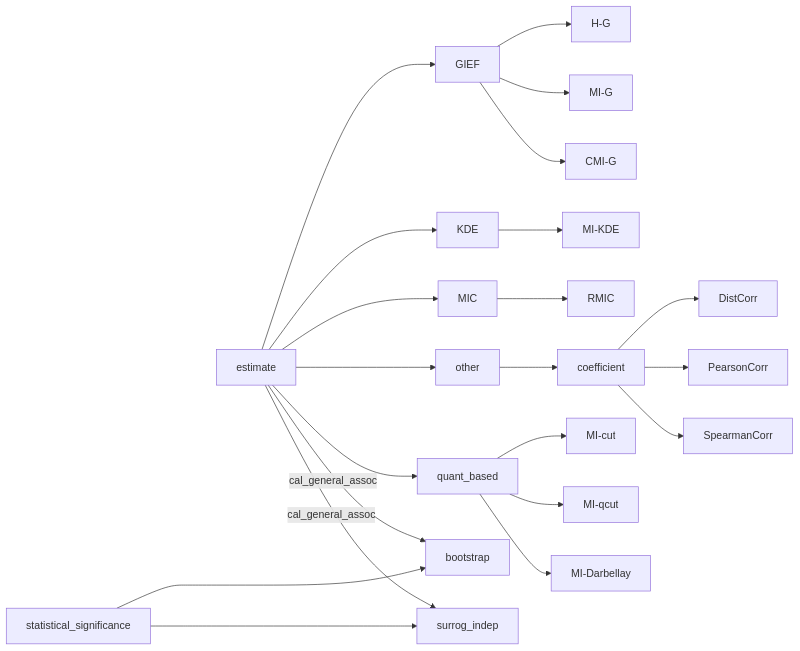
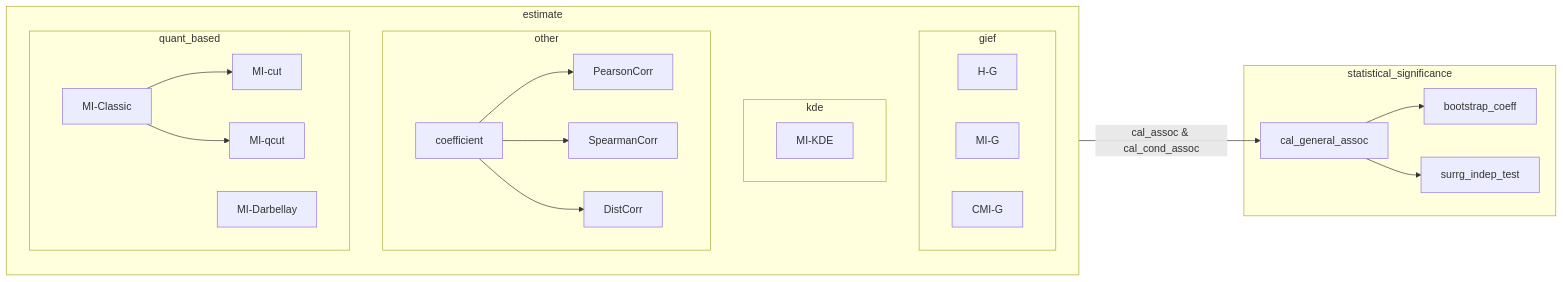
One commit to Ulti-Dreisteine/ToMerge-General-Information-Estimation-Framework changed the diagram in README.md. Above: the diagram before and after it, drawn with Mermaid. The commit also changed other lines of this file and 2 other files, not shown here.

Commit message:
update: 更新自举法系数估计代码

````diff
--- a/README.md
+++ b/README.md
@@ -36,14 +36,28 @@
 ```mermaid
-graph LR
+flowchart LR
 
-estimate --> GIEF --> H-G & MI-G & CMI-G
-estimate --> KDE --> MI-KDE
-estimate --> MIC --> RMIC
-estimate --> other --> coefficient --> DistCorr & PearsonCorr & SpearmanCorr
-estimate --> quant_based --> MI-cut & MI-qcut & MI-Darbellay
+subgraph estimate
+    subgraph gief
+        H-G & MI-G & CMI-G
+    end
 
-statistical_significance ----> bootstrap
-statistical_significance ----> surrog_indep
-estimate --cal_general_assoc--> bootstrap
-estimate --cal_general_assoc--> surrog_indep
+    subgraph kde
+        MI-KDE
+    end
+
+    subgraph other
+        coefficient --> PearsonCorr & SpearmanCorr & DistCorr
+    end
+
+    subgraph quant_based
+        MI-Classic --> MI-cut & MI-qcut
+        MI-Darbellay
+    end
+end
+
+subgraph statistical_significance
+    cal_general_assoc --> bootstrap_coeff & surrg_indep_test
+end
+
+estimate --cal_assoc & cal_cond_assoc--> cal_general_assoc
 ```
````
